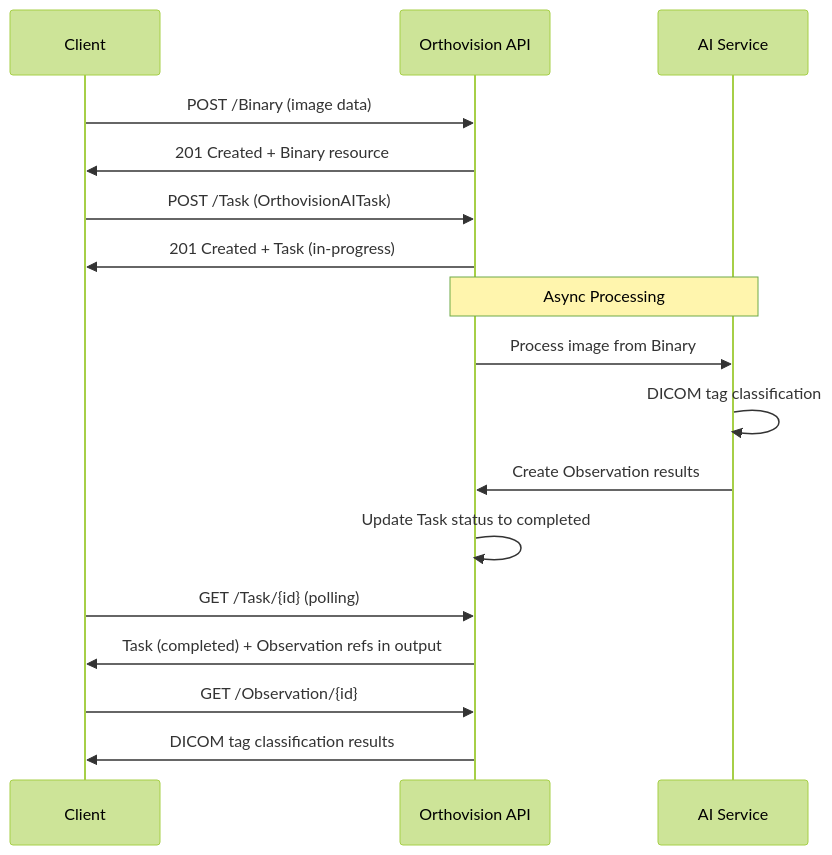
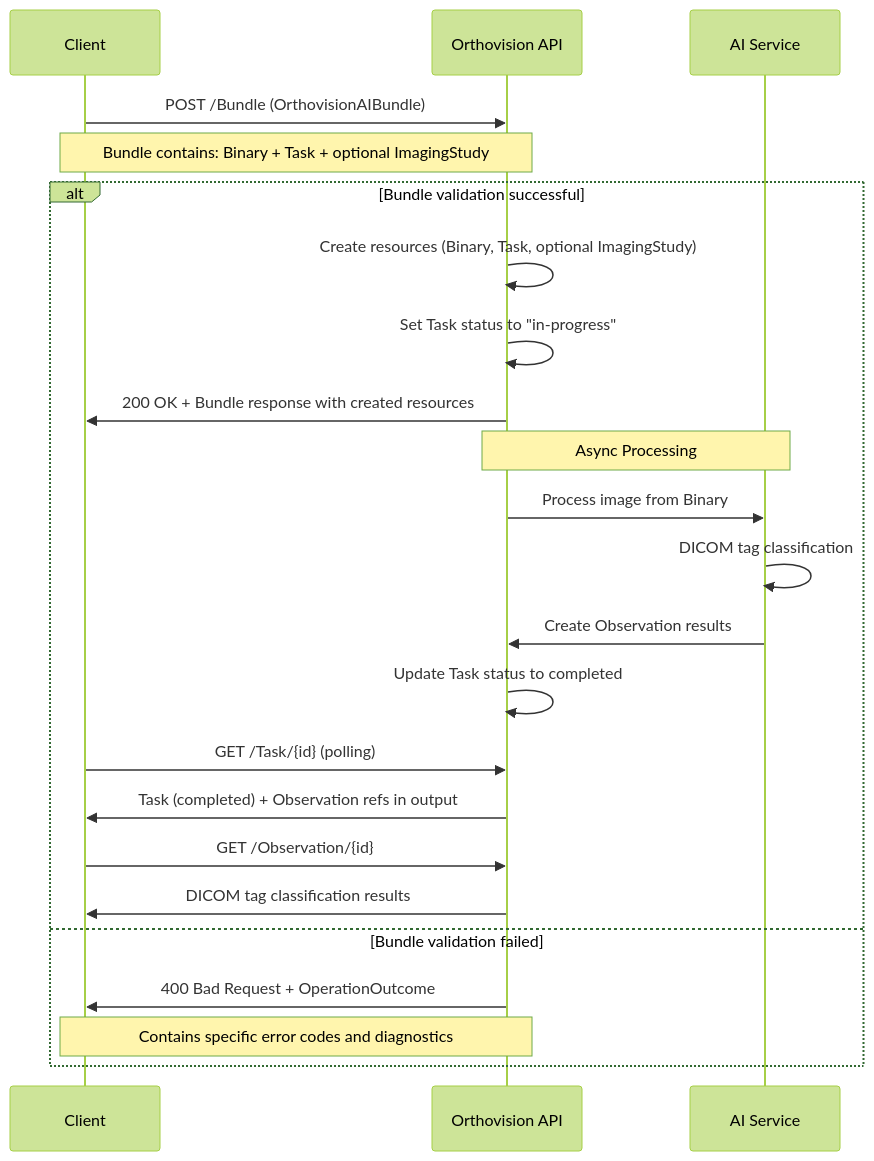
Before and after one commit to medoco-health/orthovision-ai-ig: the diagram in src/input/pagecontent/api-workflow.md, drawn with Mermaid (forest theme). The commit also changed other lines of this file and 4 other files, not shown here.

Commit message:
refactor: Enhance Orthovision AI Bundle and API workflow documentation for clarity and improved resource management

````diff
--- a/src/input/pagecontent/api-workflow.md
+++ b/src/input/pagecontent/api-workflow.md
@@ -2,24 +2,31 @@
 ```mermaid
 sequenceDiagram
     participant Client
     participant API as Orthovision API
     participant AI as AI Service
 
-    Client->>API: POST /Binary (image data)
-    API->>Client: 201 Created + Binary resource
+    Client->>API: POST /Bundle (OrthovisionAIBundle)
+    Note over Client,API: Bundle contains: Binary + Task + optional ImagingStudy
     
-    Client->>API: POST /Task (OrthovisionAITask)
-    API->>Client: 201 Created + Task (in-progress)
-    
-    Note over API,AI: Async Processing
-    API->>AI: Process image from Binary
-    AI->>AI: DICOM tag classification
-    AI->>API: Create Observation results
-    API->>API: Update Task status to completed
-    
-    Client->>API: GET /Task/{id} (polling)
-    API->>Client: Task (completed) + Observation refs in output
-    
-    Client->>API: GET /Observation/{id}
-    API->>Client: DICOM tag classification results
+    alt Bundle validation successful
+        API->>API: Create resources (Binary, Task, optional ImagingStudy)
+        API->>API: Set Task status to "in-progress"
+        API->>Client: 200 OK + Bundle response with created resources
+        
+        Note over API,AI: Async Processing
+        API->>AI: Process image from Binary
+        AI->>AI: DICOM tag classification
+        AI->>API: Create Observation results
+        API->>API: Update Task status to completed
+        
+        Client->>API: GET /Task/{id} (polling)
+        API->>Client: Task (completed) + Observation refs in output
+        
+        Client->>API: GET /Observation/{id}
+        API->>Client: DICOM tag classification results
+        
+    else Bundle validation failed
+        API->>Client: 400 Bad Request + OperationOutcome
+        Note over Client,API: Contains specific error codes and diagnostics
+    end
 ```
````
